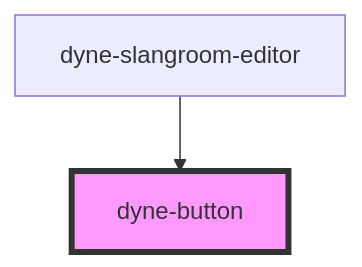
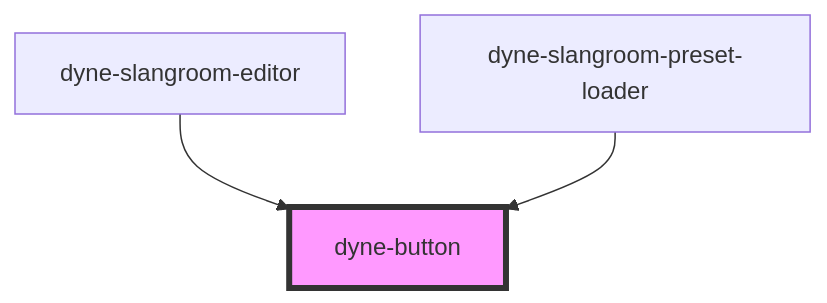
Before and after one commit to dyne/components: the diagram in src/components/dyne-button/readme.md, drawn with Mermaid. The commit also changed other lines of this file and 27 other files, not shown here.

First line of the commit message:
feat: Add slangroom preset loader (#14)

````diff
--- a/src/components/dyne-button/readme.md
+++ b/src/components/dyne-button/readme.md
@@ -24,5 +25,6 @@
 ```mermaid
 graph TD;
   dyne-slangroom-editor --> dyne-button
+  dyne-slangroom-preset-loader --> dyne-button
   style dyne-button fill:#f9f,stroke:#333,stroke-width:4px
 ```
````
